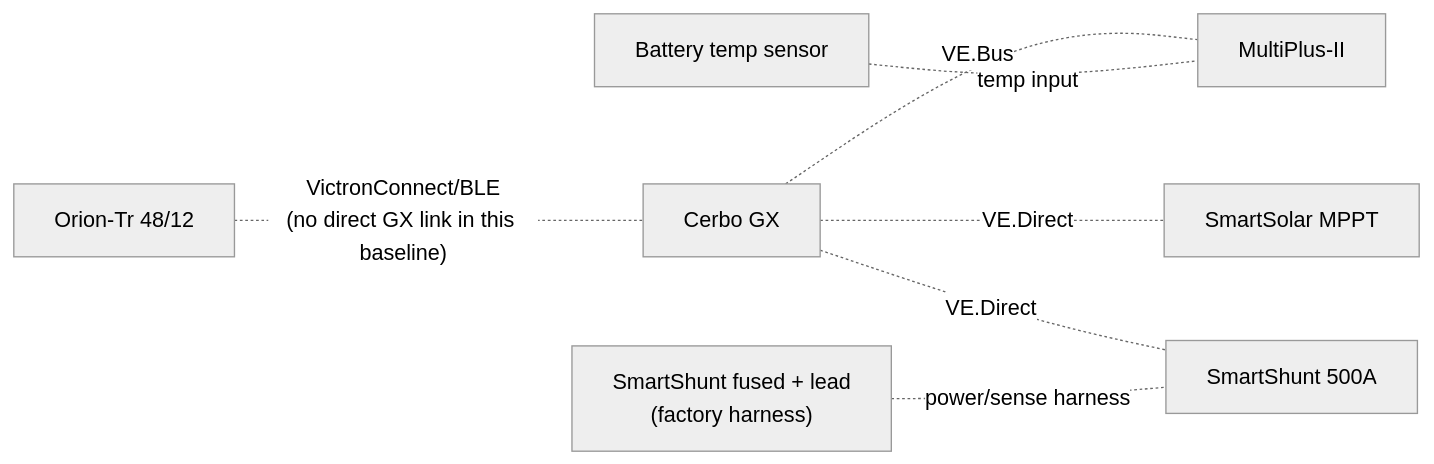
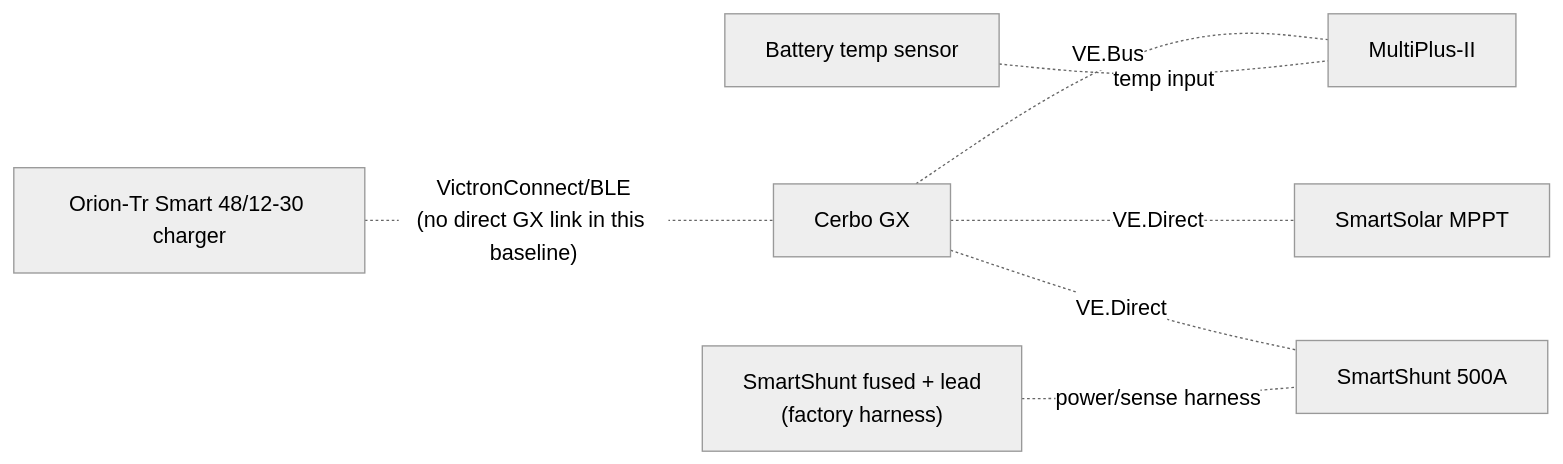
The diagram in docs/pdf_exports/assets/ELECTRICAL_overview_diagram/diagram-04.mmd (DataDaneDev/HiatusBuild), drawn with Mermaid (neutral theme) before and after one commit. The commit also changed 9 other files, not shown here.

```diff
--- a/docs/pdf_exports/assets/ELECTRICAL_overview_diagram/diagram-04.mmd
+++ b/docs/pdf_exports/assets/ELECTRICAL_overview_diagram/diagram-04.mmd
@@ -1,15 +1,15 @@
 flowchart LR
     CERBO["Cerbo GX"]
     MULTI["MultiPlus-II"]
     MPPT["SmartSolar MPPT"]
     SHUNT["SmartShunt 500A"]
-    ORION["Orion-Tr 48/12"]
+    ORION["Orion-Tr Smart 48/12-30 charger"]
     BTEMP["Battery temp sensor"]
     SHUNT_PWR["SmartShunt fused + lead\n(factory harness)"]
 
     CERBO -. "VE.Bus" .- MULTI
     CERBO -. "VE.Direct" .- MPPT
     CERBO -. "VE.Direct" .- SHUNT
     ORION -. "VictronConnect/BLE\n(no direct GX link in this baseline)" .- CERBO
     BTEMP -. "temp input" .- MULTI
     SHUNT_PWR -. "power/sense harness" .- SHUNT
```
